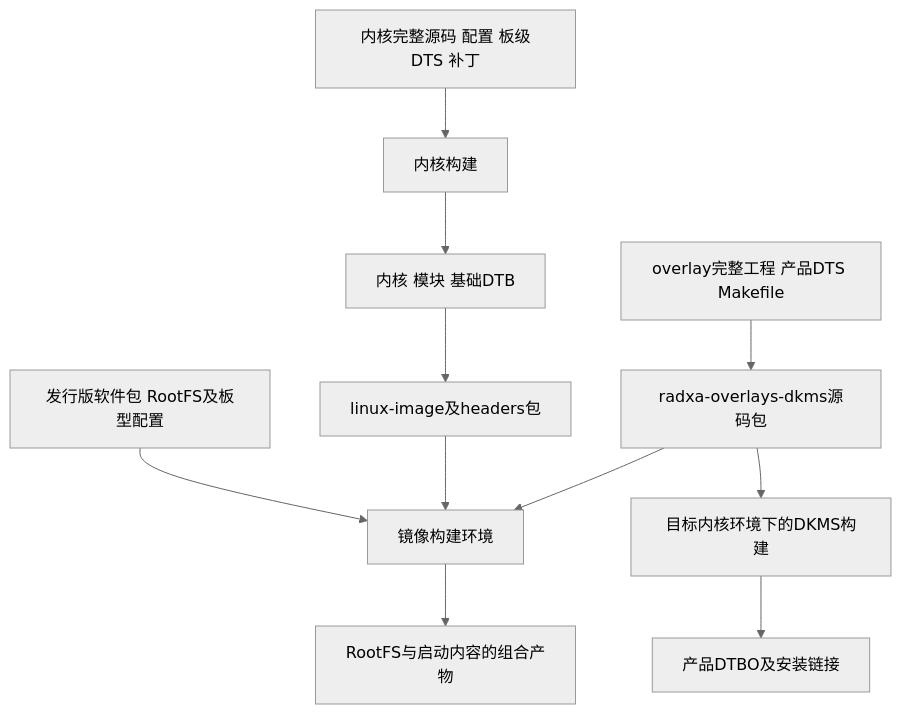
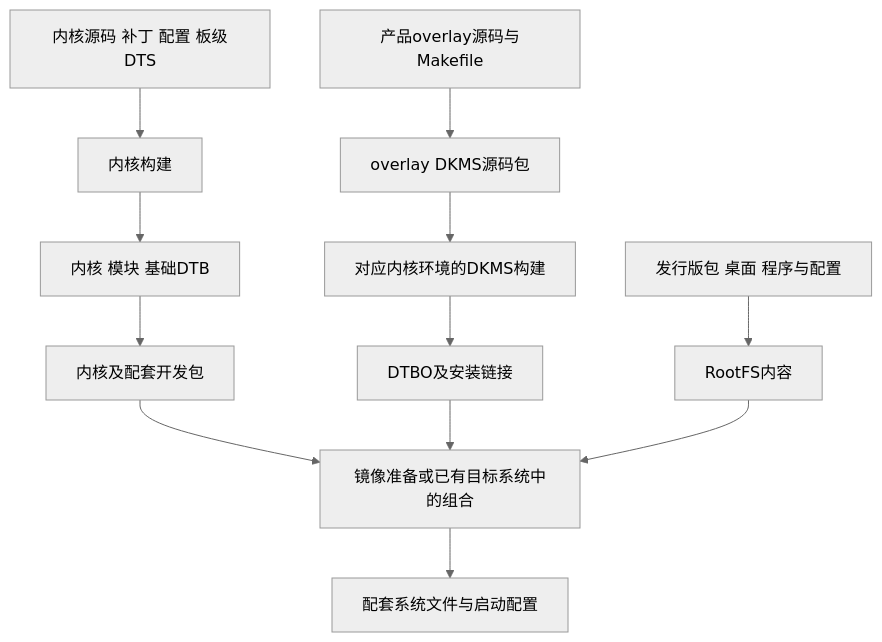
Before and after one commit to Bamboo-tt/RK3566_Ground_segment: the diagram in docs/RK3566_项目学习/02_BSP构建与交付.md, drawn with Mermaid (neutral theme). The commit also changed other lines of this file and 19 other files, not shown here.

````diff
--- a/docs/RK3566_项目学习/02_BSP构建与交付.md
+++ b/docs/RK3566_项目学习/02_BSP构建与交付.md
@@ -37,13 +60,14 @@
 ```mermaid
 flowchart TD
-    A[内核完整源码 配置 板级DTS 补丁] --> B[内核构建]
-    B --> C[内核 模块 基础DTB]
-    C --> D[linux-image及headers包]
-    E[overlay完整工程 产品DTS Makefile] --> F[radxa-overlays-dkms源码包]
-    G[发行版软件包 RootFS及板型配置] --> H[镜像构建环境]
-    D --> H
-    F --> H
-    H --> I[RootFS与启动内容的组合产物]
-    F --> J[目标内核环境下的DKMS构建]
-    J --> K[产品DTBO及安装链接]
+    KS[内核源码 补丁 配置 板级DTS] --> KB[内核构建]
+    KB --> KA[内核 模块 基础DTB]
+    KA --> KP[内核及配套开发包]
+    OS[产品overlay源码与Makefile] --> OP[overlay DKMS源码包]
+    OP --> DK[对应内核环境的DKMS构建]
+    DK --> DT[DTBO及安装链接]
+    UP[发行版包 桌面 程序与配置] --> RF[RootFS内容]
+    KP --> JOIN[镜像准备或已有目标系统中的组合]
+    DT --> JOIN
+    RF --> JOIN
+    JOIN --> BOOT[配套系统文件与启动配置]
 ```
````
